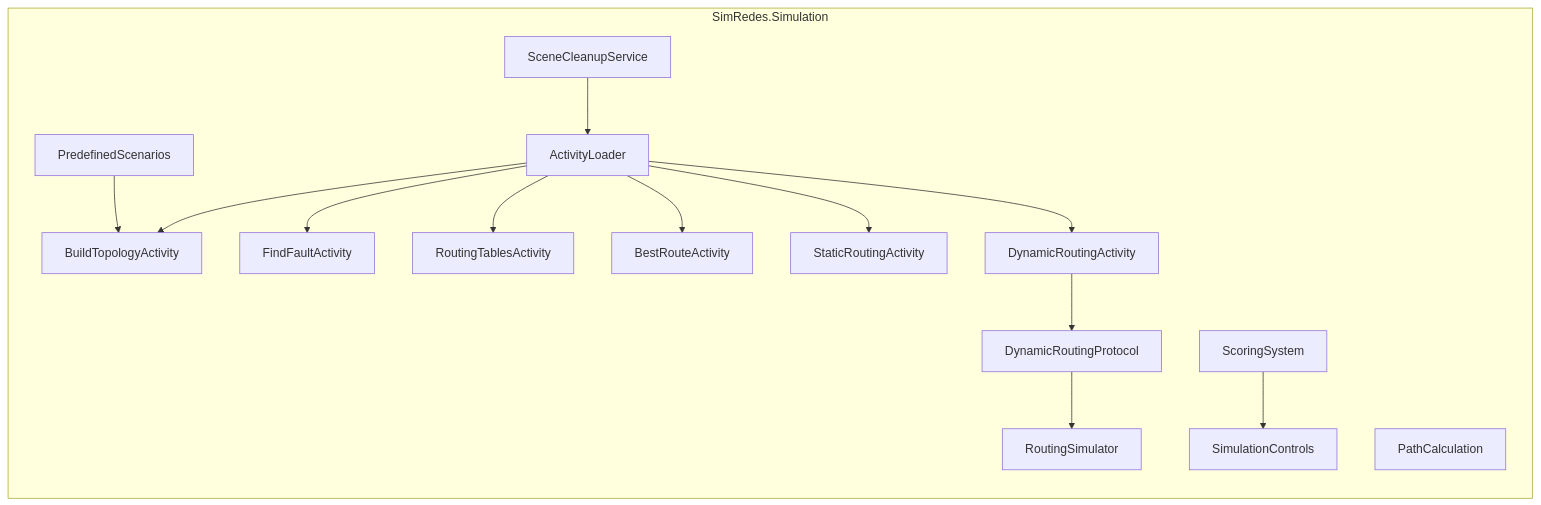
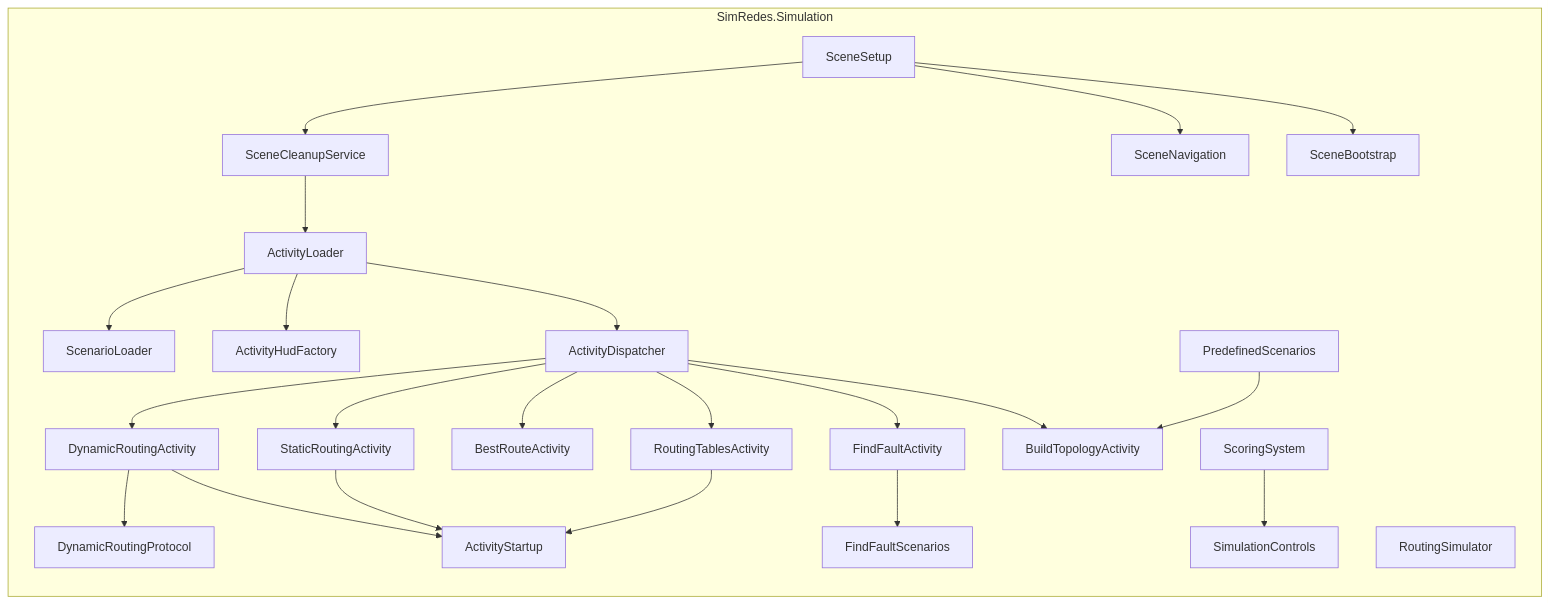
The diagram in docs/diagrams/mermaid/packages/06d-simulation.md (Josmarinr/ProyectoGI_SimuladorRedesIDEUM), drawn with Mermaid before and after one commit. The commit also changed 28 other files, not shown here.

````diff
--- a/docs/diagrams/mermaid/packages/06d-simulation.md
+++ b/docs/diagrams/mermaid/packages/06d-simulation.md
@@ -3,33 +3,50 @@
 ```mermaid
 graph LR
     subgraph S4["SimRedes.Simulation"]
         AL[ActivityLoader]
+        SCH[SceneSetup]
+        AD[ActivityDispatcher]
+        AHF[ActivityHudFactory]
+        SL[ScenarioLoader]
+        SB[SceneBootstrap]
+        SN[SceneNavigation]
+        AST[ActivityStartup]
+        FFS[FindFaultScenarios]
         SCS[SceneCleanupService]
         BTA[BuildTopologyActivity]
         FFA[FindFaultActivity]
         RTA[RoutingTablesActivity]
         BRA[BestRouteActivity]
         SRA[StaticRoutingActivity]
         DRA[DynamicRoutingActivity]
         DRP[DynamicRoutingProtocol]
         PS[PredefinedScenarios]
         SS[ScoringSystem]
         SC[SimulationControls]
         RS[RoutingSimulator]
-        PC[PathCalculation]
     end
 
-    AL --> BTA
-    AL --> FFA
-    AL --> RTA
-    AL --> BRA
-    AL --> SRA
-    AL --> DRA
+    AL --> AD
+    AL --> AHF
+    AL --> SL
+    SCH --> SB
+    SCH --> SN
+    SCH --> SCS
+    RTA --> AST
+    SRA --> AST
+    DRA --> AST
+    FFA --> FFS
+
+    AD --> BTA
+    AD --> FFA
+    AD --> RTA
+    AD --> BRA
+    AD --> SRA
+    AD --> DRA
 
     DRA --> DRP
-    DRP --> RS
 
     SS --> SC
     PS --> BTA
     SCS --> AL
 ```
````
